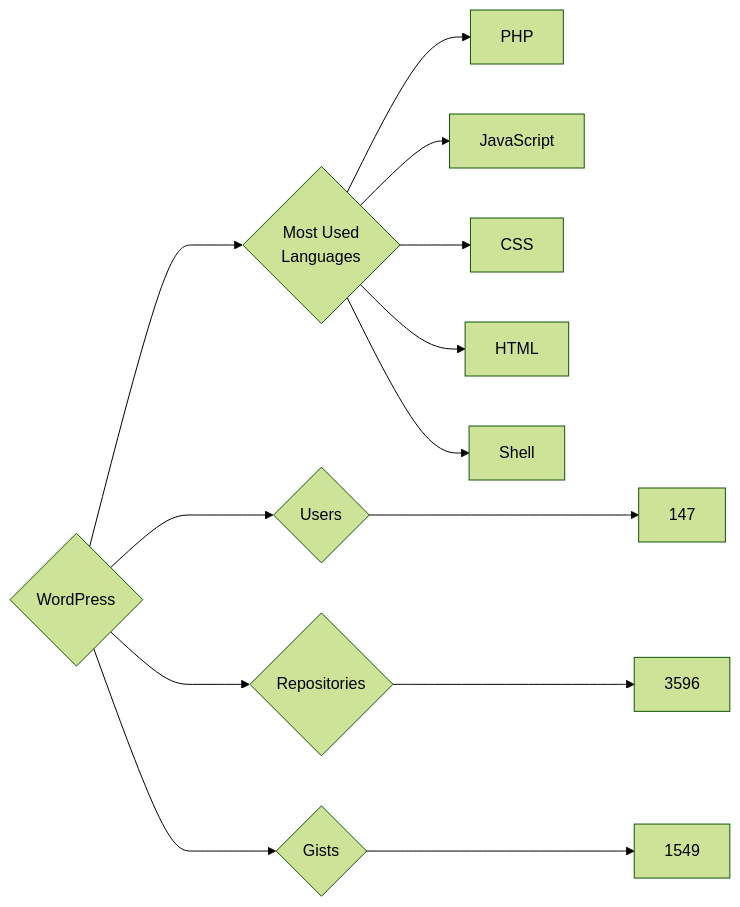
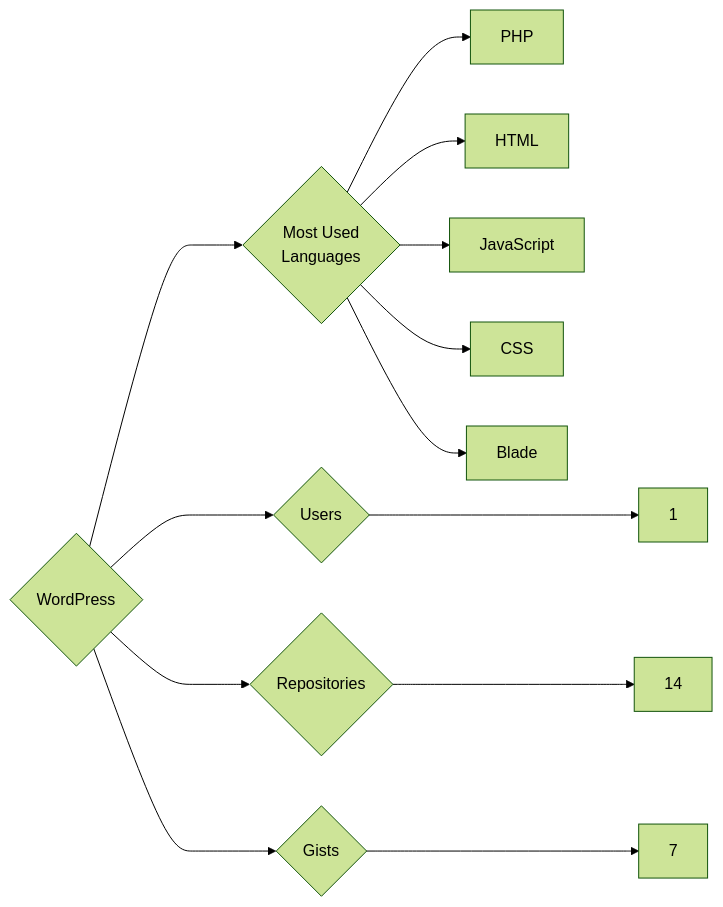
The diagram in targets/WordPress/README.md (trickest/insiders), drawn with Mermaid (forest theme) before and after one commit. The commit also changed 1496 other files, not shown here.

````diff
--- a/targets/WordPress/README.md
+++ b/targets/WordPress/README.md
@@ -3,13 +3,13 @@
 ```mermaid
 graph LR
 COMPANY_NAME{WordPress}
-COMPANY_NAME ---> U{Users} ---> UN[147]
-COMPANY_NAME ---> R{Repositories} ---> RN[3596]
-COMPANY_NAME ---> G{Gists} ---> GN[1549]
+COMPANY_NAME ---> U{Users} ---> UN[1]
+COMPANY_NAME ---> R{Repositories} ---> RN[14]
+COMPANY_NAME ---> G{Gists} ---> GN[7]
 COMPANY_NAME ---> ML{Most Used<br>Languages}
 ML --> PHP[PHP]
+ML --> HTML[HTML]
 ML --> JavaScript[JavaScript]
 ML --> CSS[CSS]
-ML --> HTML[HTML]
-ML --> Shell[Shell]
+ML --> Blade[Blade]
 ```
````
